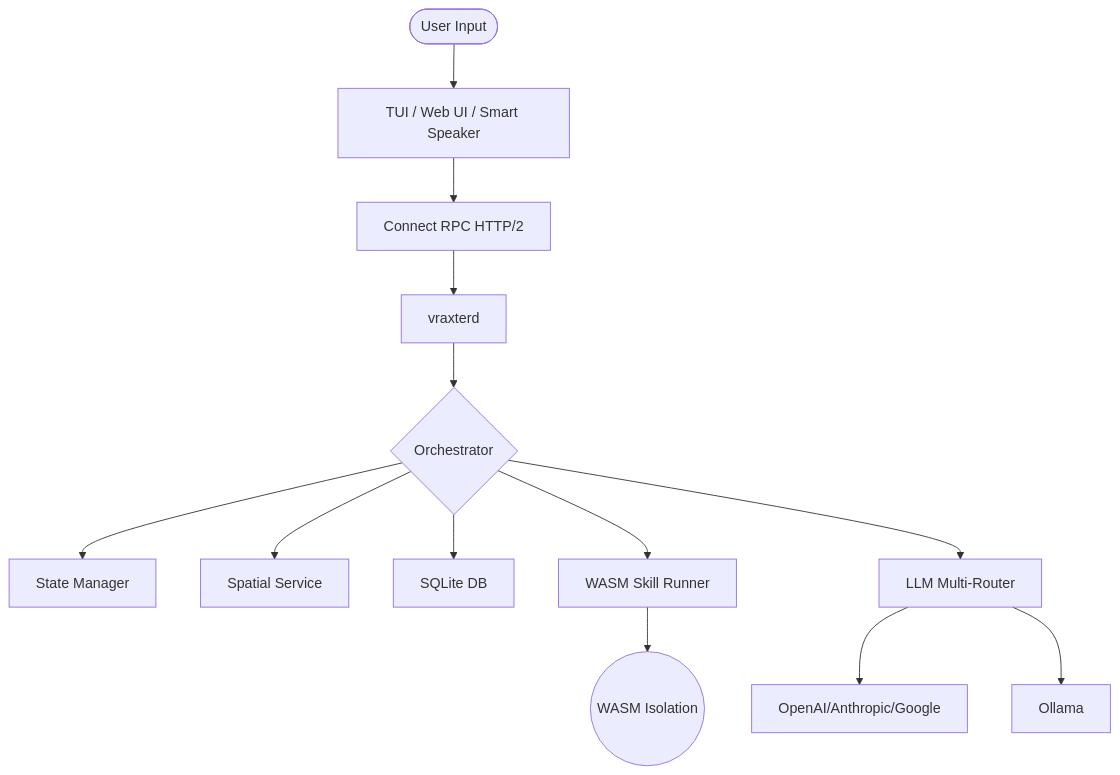
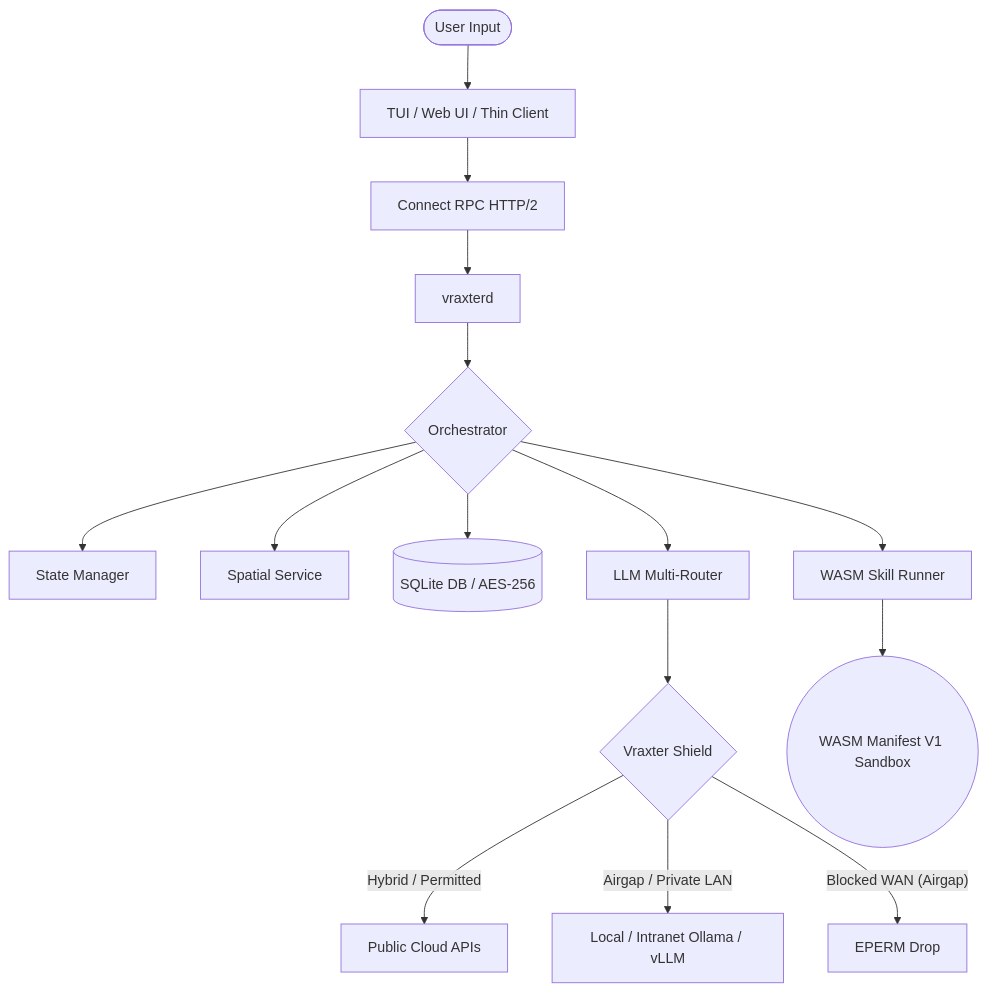
One commit to vraxter/vraxter changed the diagram in docs/ARCHITECTURE.md. Above: the diagram before and after it, drawn with Mermaid. The commit also changed other lines of this file and 8 other files, not shown here.

````diff
--- a/docs/ARCHITECTURE.md
+++ b/docs/ARCHITECTURE.md
@@ -57,15 +69,19 @@
 ```mermaid
 graph TD
-    User([User Input]) --> Client[TUI / Web UI / Smart Speaker]
+    User([User Input]) --> Client[TUI / Web UI / Thin Client]
     Client --> ConnectRPC[Connect RPC HTTP/2]
     ConnectRPC --> Daemon[vraxterd]
     Daemon --> Orchestrator{Orchestrator}
     Orchestrator --> StateMgr[State Manager]
     Orchestrator --> SpatialSvc[Spatial Service]
-    Orchestrator --> SQL[SQLite DB]
+    Orchestrator --> SQL[(SQLite DB / AES-256)]
     Orchestrator --> Runner[WASM Skill Runner]
     Orchestrator --> Router[LLM Multi-Router]
-    Router --> Cloud[OpenAI/Anthropic/Google]
-    Router --> Local[Ollama]
-    Runner --> Sandbox((WASM Isolation))
+    
+    Router --> Shield{Vraxter Shield}
+    Shield -- "Hybrid / Permitted" --> Cloud[Public Cloud APIs]
+    Shield -- "Airgap / Private LAN" --> Local[Local / Intranet Ollama / vLLM]
+    Shield -- "Blocked WAN (Airgap)" --> Block[EPERM Drop]
+    
+    Runner --> Sandbox((WASM Manifest V1 Sandbox))
 ```
````
